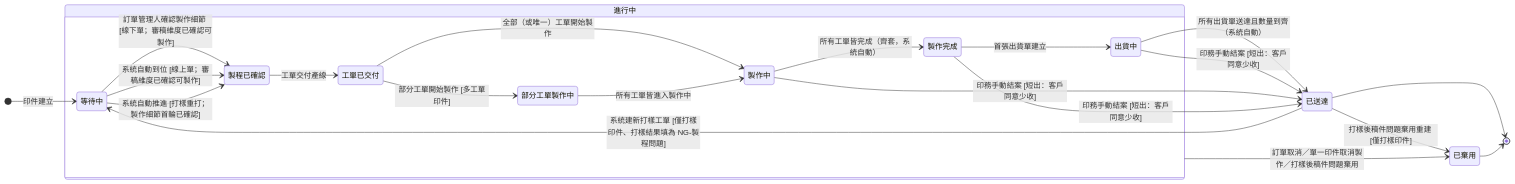
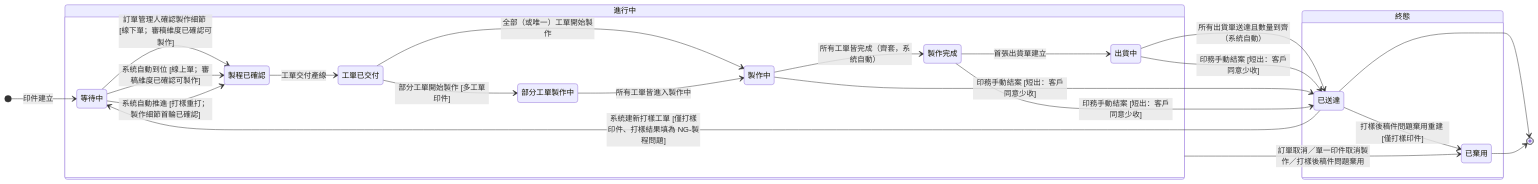
One commit to Kawato-Miles/erp-spec changed the second of 2 diagrams in memory/Sens_wiki/wiki/erp/06-state-machines/印件狀態.md. Above: the diagram before and after it, drawn with Mermaid. The commit also changed other lines of this file and 80 other files, not shown here.

````diff
--- a/memory/Sens_wiki/wiki/erp/06-state-machines/印件狀態.md
+++ b/memory/Sens_wiki/wiki/erp/06-state-machines/印件狀態.md
@@ -106,41 +106,43 @@
 ```mermaid
 stateDiagram-v2
     direction LR
 
     [*] --> p_waiting : 印件建立
 
     state "進行中" as Active {
         direction LR
         state "等待中" as p_waiting
         state "製程已確認" as p_confirmed
         state "工單已交付" as p_delivered
         state "部分工單製作中" as p_partial
         state "製作中" as p_making
         state "製作完成" as p_done
         state "出貨中" as p_shipping
 
         p_waiting --> p_confirmed : 訂單管理人確認製作細節 [線下單；審稿維度已確認可製作]
         p_waiting --> p_confirmed : 系統自動到位 [線上單；審稿維度已確認可製作]
         p_waiting --> p_confirmed : 系統自動推進 [打樣重打；製作細節首輪已確認]
         p_confirmed --> p_delivered : 工單交付產線
         p_delivered --> p_partial : 部分工單開始製作 [多工單印件]
         p_delivered --> p_making : 全部（或唯一）工單開始製作
         p_partial --> p_making : 所有工單皆進入製作中
         p_making --> p_done : 所有工單皆完成（齊套，系統自動）
         p_done --> p_shipping : 首張出貨單建立
     }
 
-    state "已送達" as p_arrived
-    state "已棄用" as p_discarded
+    state "終態" as Final {
+        state "已送達" as p_arrived
+        state "已棄用" as p_discarded
+    }
 
     p_shipping --> p_arrived : 所有出貨單送達且數量到齊（系統自動）
     p_shipping --> p_arrived : 印務手動結案 [短出：客戶同意少收]
     p_making --> p_arrived : 印務手動結案 [短出：客戶同意少收]
     p_done --> p_arrived : 印務手動結案 [短出：客戶同意少收]
     p_arrived --> p_waiting : 系統建新打樣工單 [僅打樣印件、打樣結果填為 NG-製程問題]
     Active --> p_discarded : 訂單取消／單一印件取消製作／打樣後稿件問題棄用
     p_arrived --> p_discarded : 打樣後稿件問題棄用重建 [僅打樣印件]
 
     p_arrived --> [*]
     p_discarded --> [*]
 ```
````
